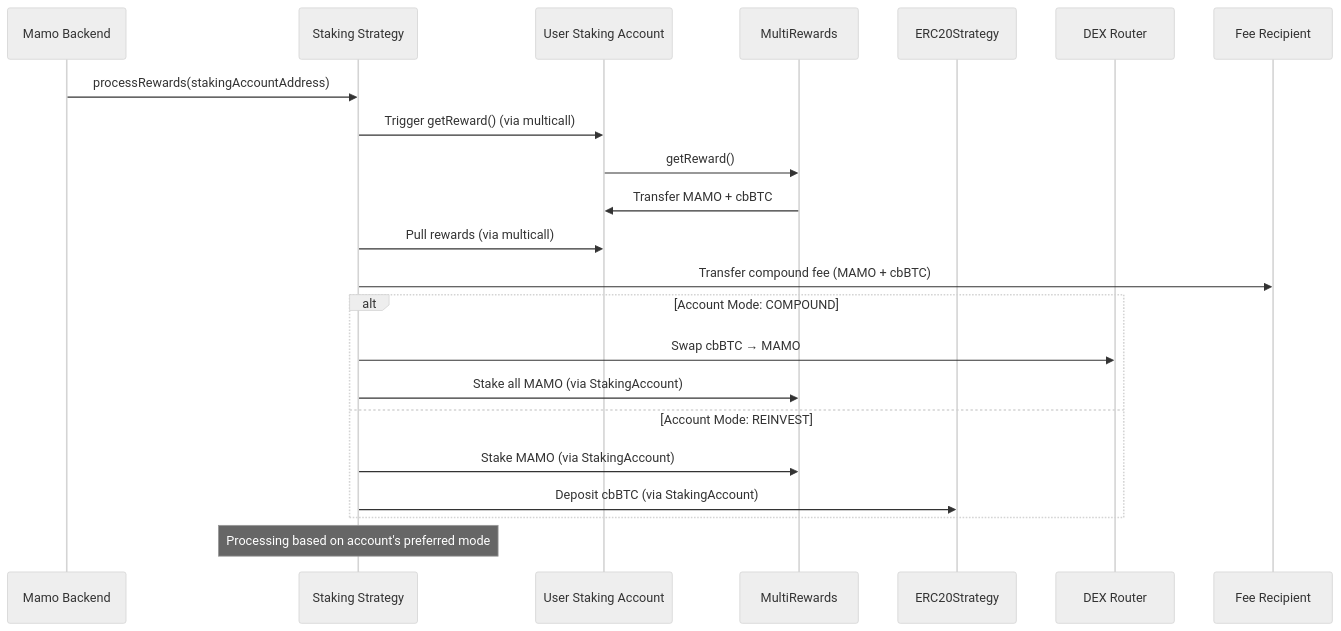
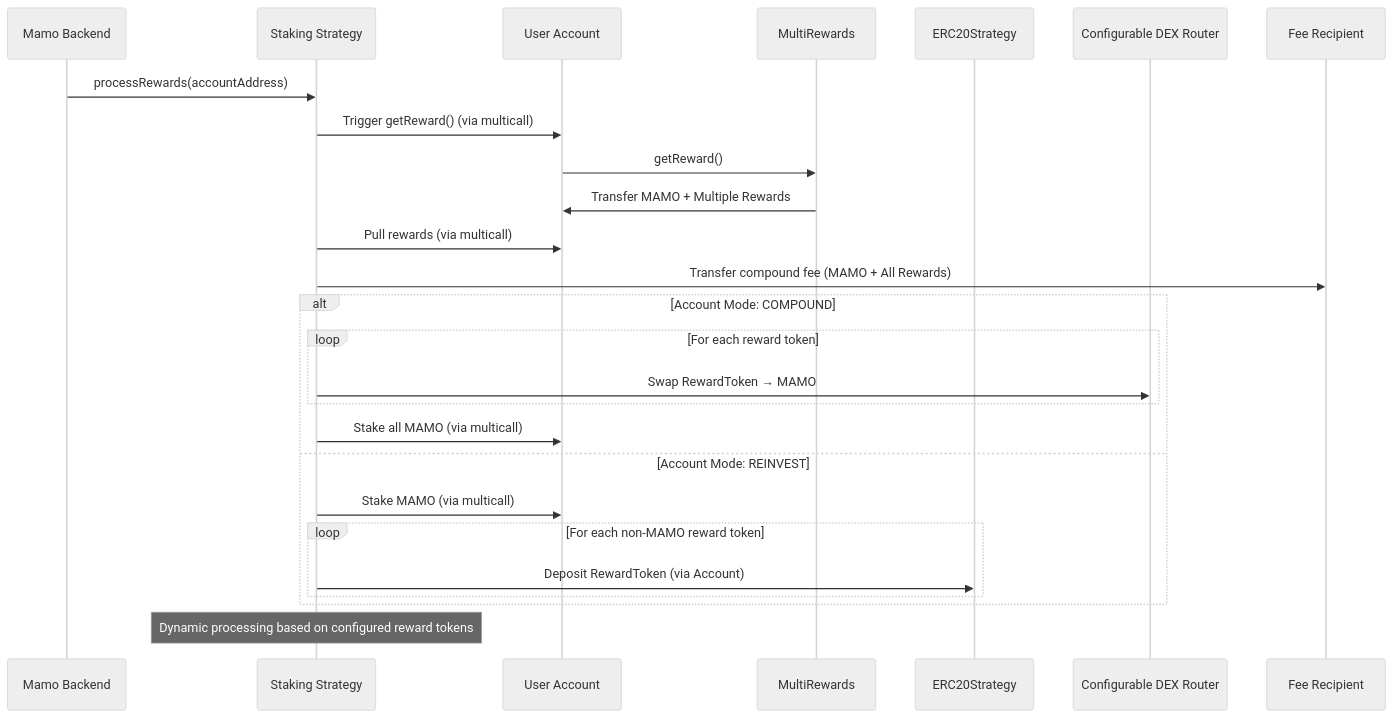
One commit to moonwell-fi/mamo-contracts changed the third of 6 diagrams in docs/MAMO_STAKING_ARCHITECTURE.md. Above: the diagram before and after it, drawn with Mermaid (neutral theme). The commit also changed other lines of this file, not shown here.

````diff
--- a/docs/MAMO_STAKING_ARCHITECTURE.md
+++ b/docs/MAMO_STAKING_ARCHITECTURE.md
@@ -586,28 +670,32 @@
 ```mermaid
 sequenceDiagram
     participant Backend as Mamo Backend
     participant Strategy as Staking Strategy
-    participant StakingAccount as User Staking Account
+    participant Account as User Account
     participant MultiRewards as MultiRewards
     participant ERC20Strategy as ERC20Strategy
-    participant DEX as DEX Router
+    participant DEX as Configurable DEX Router
     participant Fee as Fee Recipient
 
-    Backend->>Strategy: processRewards(stakingAccountAddress)
-    Strategy->>StakingAccount: Trigger getReward() (via multicall)
-    StakingAccount->>MultiRewards: getReward()
-    MultiRewards->>StakingAccount: Transfer MAMO + cbBTC
+    Backend->>Strategy: processRewards(accountAddress)
+    Strategy->>Account: Trigger getReward() (via multicall)
+    Account->>MultiRewards: getReward()
+    MultiRewards->>Account: Transfer MAMO + Multiple Rewards
     
-    Strategy->>StakingAccount: Pull rewards (via multicall)
-    Strategy->>Fee: Transfer compound fee (MAMO + cbBTC)
+    Strategy->>Account: Pull rewards (via multicall)
+    Strategy->>Fee: Transfer compound fee (MAMO + All Rewards)
     
     alt Account Mode: COMPOUND
-        Strategy->>DEX: Swap cbBTC → MAMO
-        Strategy->>MultiRewards: Stake all MAMO (via StakingAccount)
+        loop For each reward token
+            Strategy->>DEX: Swap RewardToken → MAMO
+        end
+        Strategy->>Account: Stake all MAMO (via multicall)
     else Account Mode: REINVEST
-        Strategy->>MultiRewards: Stake MAMO (via StakingAccount)
-        Strategy->>ERC20Strategy: Deposit cbBTC (via StakingAccount)
+        Strategy->>Account: Stake MAMO (via multicall)
+        loop For each non-MAMO reward token
+            Strategy->>ERC20Strategy: Deposit RewardToken (via Account)
+        end
     end
     
-    Note over Strategy: Processing based on account's preferred mode
+    Note over Strategy: Dynamic processing based on configured reward tokens
 ```
````
